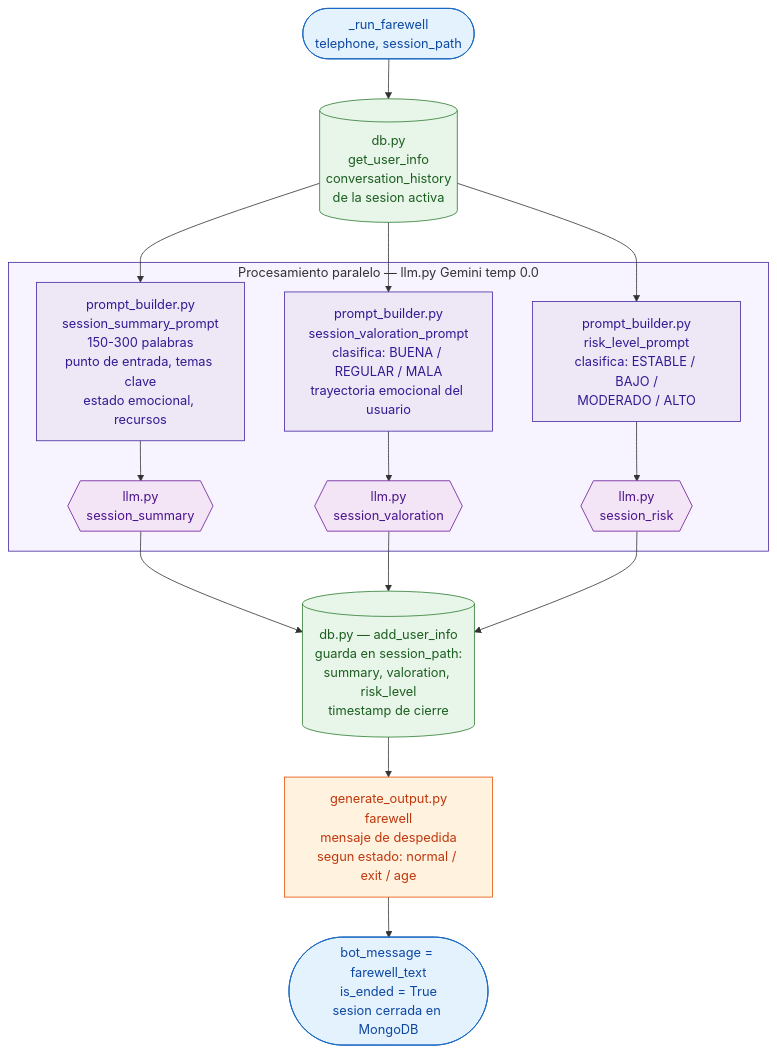
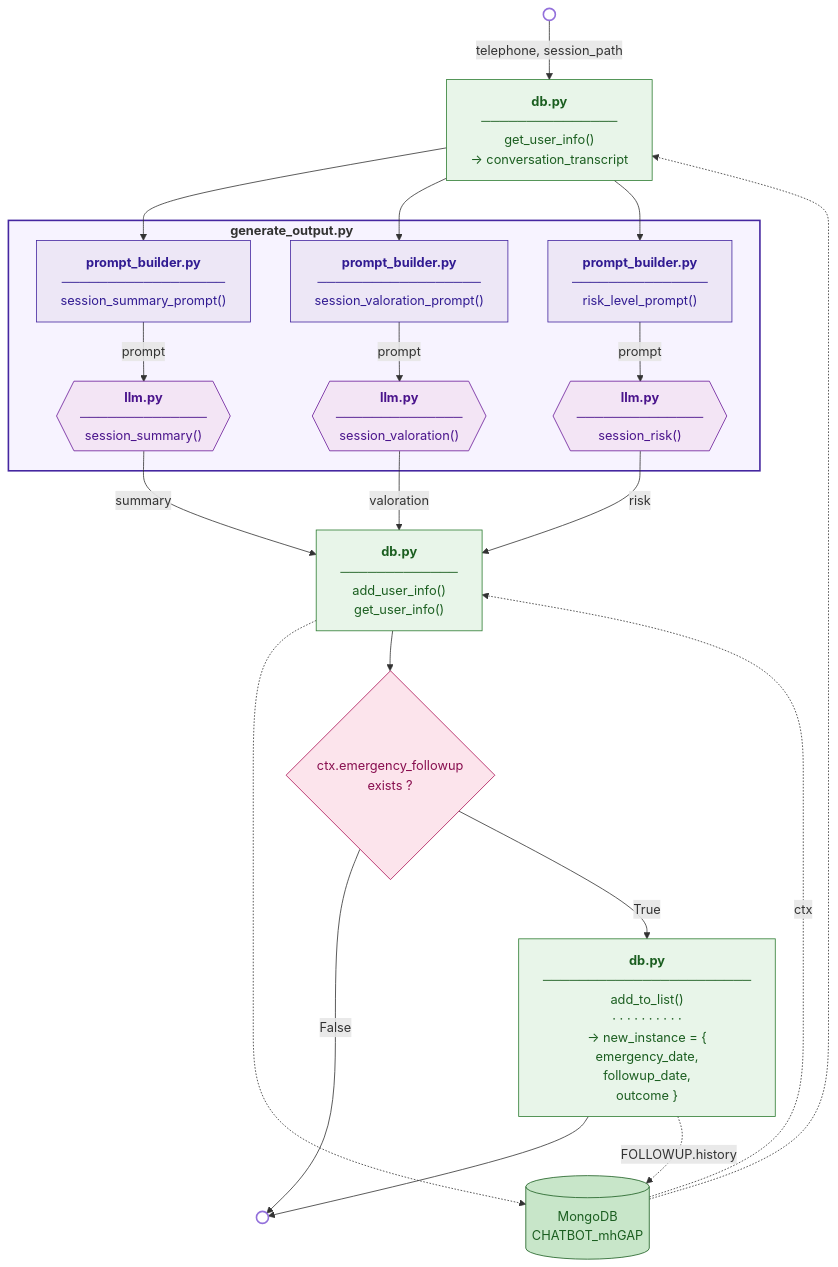
Before and after one commit to JordiiQueralto/AURORA_mhGAP-IG_v2.0: the sixth of 6 diagrams in diagrams/backend_flow_diagram.md, drawn with Mermaid.

Commit message:
Update backend flow diagram with new structure (fig 4)

````diff
--- a/diagrams/backend_flow_diagram.md
+++ b/diagrams/backend_flow_diagram.md
@@ -329,37 +329,57 @@
 ```mermaid
 flowchart TD
-    IN(["_run_farewell\ntelephone, session_path"]):::entry
 
-    CONV[("db.py\nget_user_info\nconversation_history\nde la sesion activa")]:::db
+    START(( )):::circle
+    FINISH(( )):::circle
 
-    subgraph PARALLEL["Procesamiento paralelo — llm.py Gemini temp 0.0"]
-        PB_S["prompt_builder.py\nsession_summary_prompt\n150-300 palabras\npunto de entrada, temas clave\nestado emocional, recursos"]:::prompt
-        PB_V["prompt_builder.py\nsession_valoration_prompt\nclasifica: BUENA / REGULAR / MALA\ntrayectoria emocional del usuario"]:::prompt
-        PB_R["prompt_builder.py\nrisk_level_prompt\nclasifica: ESTABLE / BAJO /\nMODERADO / ALTO"]:::prompt
-        LLM_S{{"llm.py\nsession_summary"}}:::llm
-        LLM_V{{"llm.py\nsession_valoration"}}:::llm
-        LLM_R{{"llm.py\nsession_risk"}}:::llm
+    CONV["<b>db.py</b><br/>───────────────<br/>get_user_info()<br/>→ conversation_transcript"]:::dbmod
+
+    subgraph PARALLEL["<b>generate_output.py &nbsp;&nbsp;&nbsp;&nbsp;&nbsp;&nbsp;&nbsp;&nbsp;&nbsp;&nbsp;&nbsp;&nbsp;&nbsp;&nbsp;&nbsp;&nbsp;&nbsp;&nbsp;&nbsp;&nbsp;&nbsp;&nbsp;&nbsp;&nbsp;&nbsp;&nbsp;&nbsp;&nbsp;&nbsp;&nbsp;&nbsp;&nbsp;&nbsp;&nbsp;&nbsp;&nbsp;&nbsp;&nbsp;&nbsp;&nbsp;&nbsp;&nbsp;&nbsp;&nbsp;&nbsp;&nbsp;&nbsp;&nbsp;&nbsp;&nbsp;&nbsp;&nbsp;&nbsp;&nbsp;&nbsp;&nbsp;&nbsp;&nbsp;&nbsp;&nbsp;</b>"]
+        PB_S["<b>prompt_builder.py</b><br/>──────────────────<br/>session_summary_prompt()"]:::prompt
+        PB_V["<b>prompt_builder.py</b><br/>──────────────────<br/>session_valoration_prompt()"]:::prompt
+        PB_R["<b>prompt_builder.py</b><br/>───────────────<br/>risk_level_prompt()"]:::prompt
+        LLM_S{{"<b>llm.py</b><br/>──────────────<br/>session_summary()"}}:::llm
+        LLM_V{{"<b>llm.py</b><br/>──────────────<br/>session_valoration()"}}:::llm
+        LLM_R{{"<b>llm.py</b><br/>──────────────<br/>session_risk()"}}:::llm
     end
 
-    DB_SAVE[("db.py — add_user_info\nguarda en session_path:\nsummary, valoration, risk_level\ntimestamp de cierre")]:::db
+    DB_SAVE["<b>db.py</b><br/>─────────────<br/>add_user_info()<br/>get_user_info()"]:::dbmod
 
-    FW["generate_output.py\nfarewell\nmensaje de despedida\nsegun estado: normal / exit / age"]:::module
+    MONGO[("MongoDB<br/>CHATBOT_mhGAP")]:::db
 
-    OUT(["bot_message = farewell_text\nis_ended = True\nsesion cerrada en MongoDB"]):::entry
+    D_CTX{ctx.emergency_followup<br/>exists ?}:::decision
 
-    IN --> CONV
+    FU["<b>db.py</b><br/>───────────────────────<br/>add_to_list()<br/>· · · · · · · · · ·<br/>→ new_instance = {<br/>emergency_date,<br/>followup_date,<br/>outcome }"]:::dbmod
+
+    START -->|"telephone, session_path"| CONV
     CONV --> PB_S & PB_V & PB_R
-    PB_S --> LLM_S
-    PB_V --> LLM_V
-    PB_R --> LLM_R
-    LLM_S & LLM_V & LLM_R --> DB_SAVE
-    DB_SAVE --> FW --> OUT
 
-    classDef entry    fill:#e3f2fd,stroke:#1565c0,color:#0d47a1
-    classDef module   fill:#fff3e0,stroke:#e65100,color:#bf360c
-    classDef prompt   fill:#ede7f6,stroke:#4527a0,color:#311b92
-    classDef llm      fill:#f3e5f5,stroke:#6a1b9a,color:#4a148c
-    classDef db       fill:#e8f5e9,stroke:#2e7d32,color:#1b5e20
+    PB_S -->|"prompt"| LLM_S
+    PB_V -->|"prompt"| LLM_V
+    PB_R -->|"prompt"| LLM_R
 
-    style PARALLEL fill:#f7f3ff,stroke:#4527a0
+    LLM_S -->|"summary"| DB_SAVE
+    LLM_V -->|"valoration"| DB_SAVE
+    LLM_R -->|"risk"| DB_SAVE
+
+    MONGO -.-> CONV
+    DB_SAVE -.-> MONGO
+    MONGO -.->|"ctx"| DB_SAVE
+
+    DB_SAVE --> D_CTX
+
+    D_CTX -->|False| FINISH
+    D_CTX -->|True| FU --> FINISH
+
+    FU -.->|"FOLLOWUP.history"| MONGO
+
+    classDef circle    fill:#ffffff,stroke:#9370db,stroke-width:2px,color:#ffffff
+    classDef module    fill:#fff3e0,stroke:#e65100,color:#bf360c
+    classDef prompt    fill:#ede7f6,stroke:#4527a0,color:#311b92
+    classDef llm       fill:#f3e5f5,stroke:#6a1b9a,color:#4a148c
+    classDef dbmod     fill:#e8f5e9,stroke:#2e7d32,color:#1b5e20
+    classDef db        fill:#c8e6c9,stroke:#1b5e20,color:#1b5e20
+    classDef decision  fill:#fce4ec,stroke:#ad1457,color:#880e4f
+
+    style PARALLEL fill:#f7f3ff,stroke:#4527a0,stroke-width:2px
 ```
````
